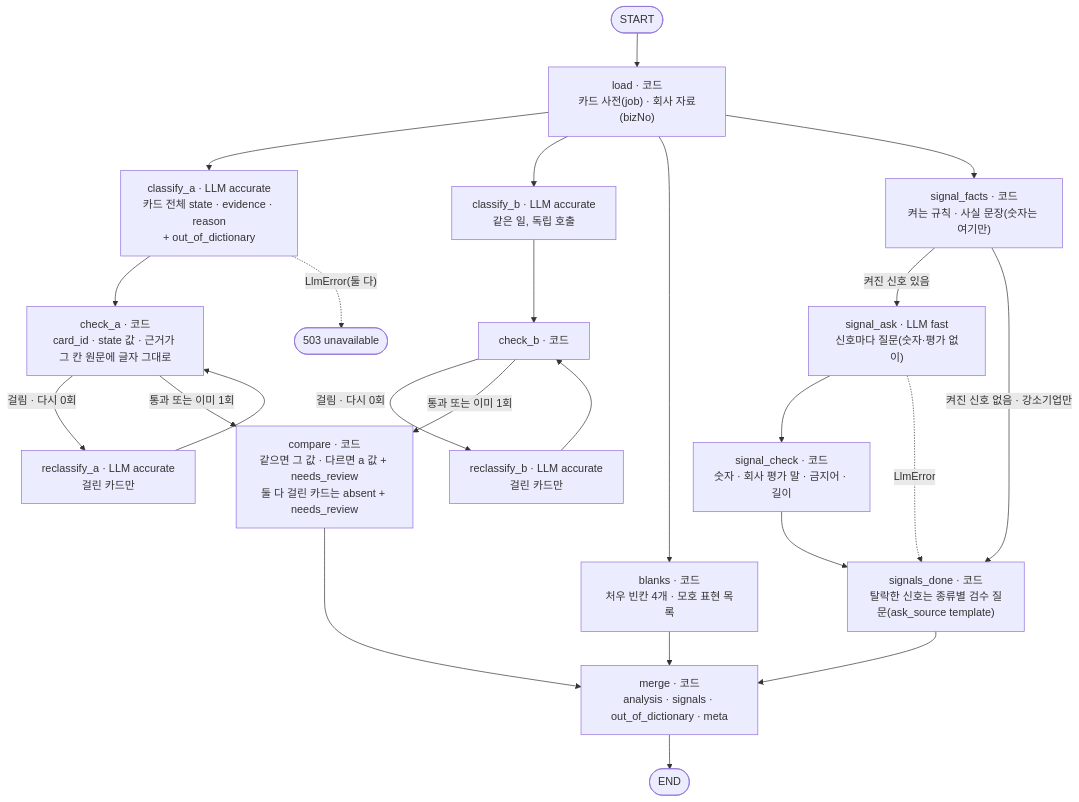
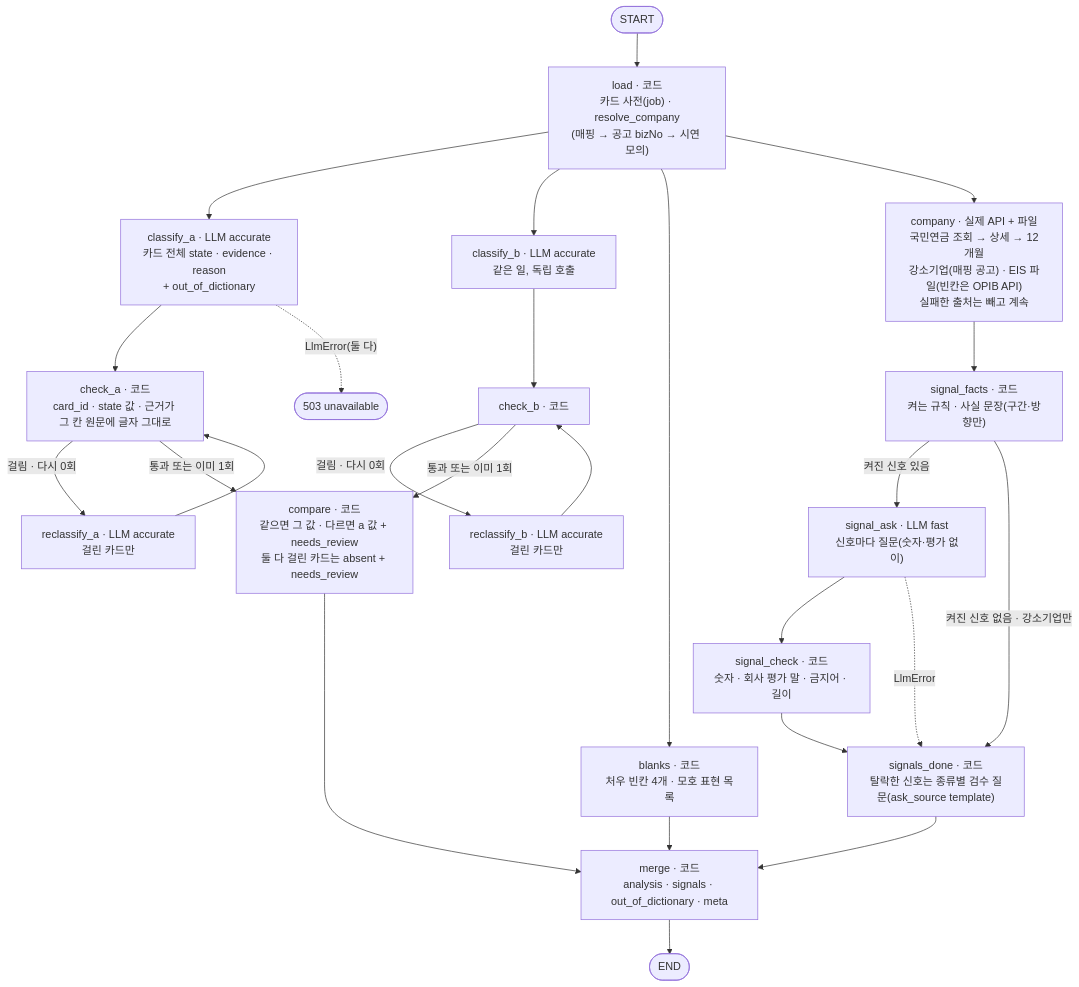
One commit to zazasj/askback24 changed the eighth of 9 diagrams in docs/ai_agent/에이전트 설계 확정.md. Above: the diagram before and after it, drawn with Mermaid. The commit also changed other lines of this file and 6 other files, not shown here.

````diff
--- a/docs/ai_agent/에이전트 설계 확정.md
+++ b/docs/ai_agent/에이전트 설계 확정.md
@@ -319,32 +354,33 @@
 ```mermaid
 flowchart TD
-    S([START]) --> load["load · 코드<br/>카드 사전(job) · 회사 자료(bizNo)"]
+    S([START]) --> load["load · 코드<br/>카드 사전(job) · resolve_company<br/>(매핑 → 공고 bizNo → 시연 모의)"]
     load --> classify_a["classify_a · LLM accurate<br/>카드 전체 state · evidence · reason<br/>+ out_of_dictionary"]
     load --> classify_b["classify_b · LLM accurate<br/>같은 일, 독립 호출"]
     load --> blanks["blanks · 코드<br/>처우 빈칸 4개 · 모호 표현 목록"]
-    load --> signal_facts["signal_facts · 코드<br/>켜는 규칙 · 사실 문장(숫자는 여기만)"]
+    load --> company["company · 실제 API + 파일<br/>국민연금 조회 → 상세 → 12개월<br/>강소기업(매핑 공고) · EIS 파일(빈칸은 OPIB API)<br/>실패한 출처는 빼고 계속"]
+    company --> signal_facts["signal_facts · 코드<br/>켜는 규칙 · 사실 문장(구간·방향만)"]
 
     classify_a --> check_a["check_a · 코드<br/>card_id · state 값 · 근거가 그 칸 원문에 글자 그대로"]
     check_a -- "걸림 · 다시 0회" --> reclassify_a["reclassify_a · LLM accurate<br/>걸린 카드만"]
     reclassify_a --> check_a
     classify_b --> check_b["check_b · 코드"]
     check_b -- "걸림 · 다시 0회" --> reclassify_b["reclassify_b · LLM accurate<br/>걸린 카드만"]
     reclassify_b --> check_b
 
     check_a -- "통과 또는 이미 1회" --> compare
     check_b -- "통과 또는 이미 1회" --> compare
     compare["compare · 코드<br/>같으면 그 값 · 다르면 a 값 + needs_review<br/>둘 다 걸린 카드는 absent + needs_review"]
 
     signal_facts -- "켜진 신호 있음" --> signal_ask["signal_ask · LLM fast<br/>신호마다 질문(숫자·평가 없이)"]
     signal_facts -- "켜진 신호 없음 · 강소기업만" --> signals_done
     signal_ask --> signal_check["signal_check · 코드<br/>숫자 · 회사 평가 말 · 금지어 · 길이"]
     signal_check --> signals_done["signals_done · 코드<br/>탈락한 신호는 종류별 검수 질문(ask_source template)"]
     signal_ask -. LlmError .-> signals_done
 
     compare --> merge
     blanks --> merge
     signals_done --> merge
     merge["merge · 코드<br/>analysis · signals · out_of_dictionary · meta"] --> E([END])
 
     classify_a -. "LlmError(둘 다)" .-> X([503 unavailable])
 ```
````
